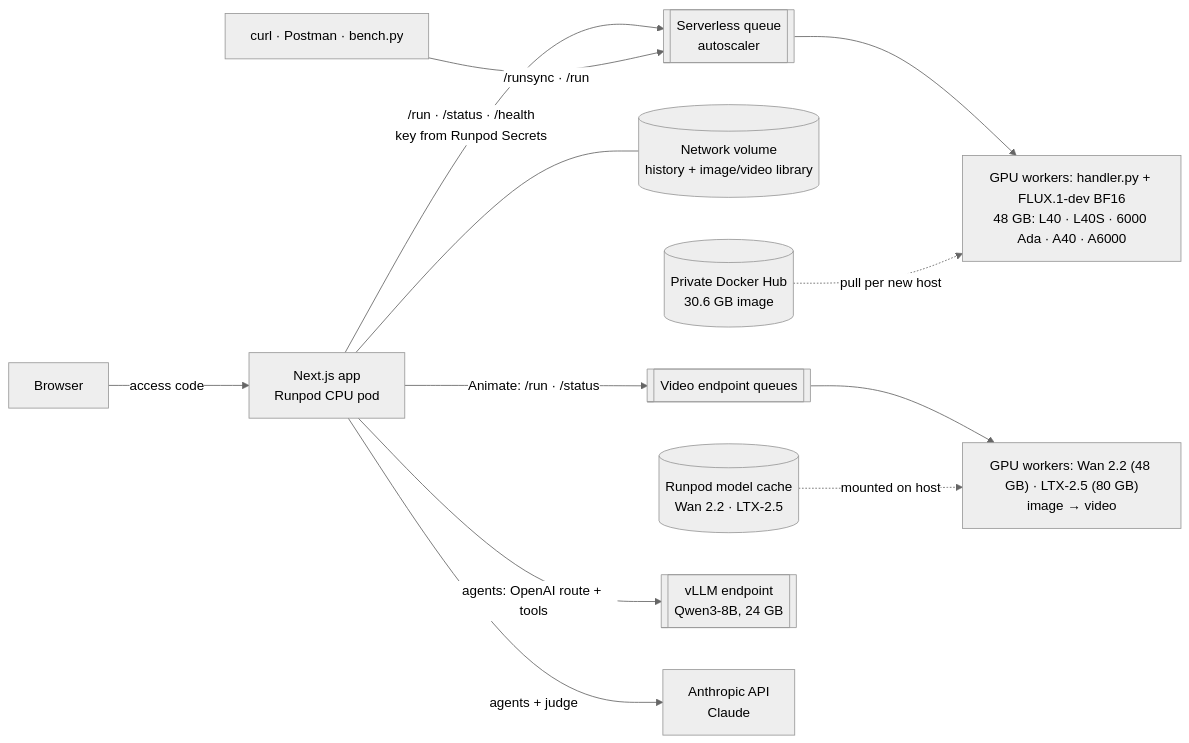
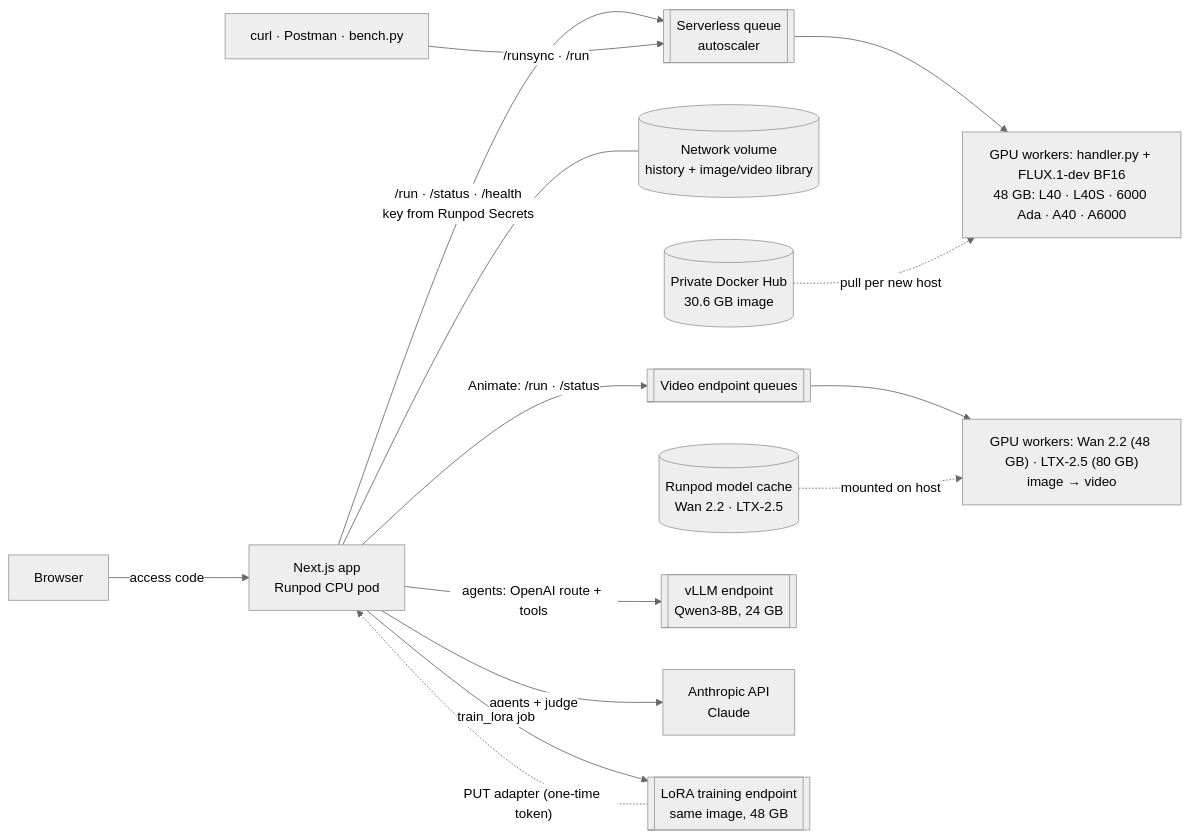
Before and after one commit to ibrahimnd2000/runpod-flux-studio: the diagram in README.md, drawn with Mermaid (neutral theme). The commit also changed other lines of this file and 16 other files, not shown here.

First line of the commit message:
Docs: bring README, architecture, benchmarks, scripts and env example up to date

````diff
--- a/README.md
+++ b/README.md
@@ -307,14 +326,16 @@
 ```mermaid
 flowchart LR
     B[Browser] -->|access code| A["Next.js app<br/>Runpod CPU pod"]
     A -->|"/run · /status · /health<br/>key from Runpod Secrets"| Q[[Serverless queue<br/>autoscaler]]
     C[curl · Postman · bench.py] -->|"/runsync · /run"| Q
     Q --> W["GPU workers: handler.py + FLUX.1-dev BF16<br/>48 GB: L40 · L40S · 6000 Ada · A40 · A6000"]
     A --- V[("Network volume<br/>history + image/video library")]
     R[(Private Docker Hub<br/>30.6 GB image)] -.->|pull per new host| W
     A -->|"Animate: /run · /status"| VQ[[Video endpoint queues]]
     VQ --> VW["GPU workers: Wan 2.2 (48 GB) · LTX-2.5 (80 GB)<br/>image → video"]
     MC[(Runpod model cache<br/>Wan 2.2 · LTX-2.5)] -.->|mounted on host| VW
     A -->|"agents: OpenAI route + tools"| LQ[[vLLM endpoint<br/>Qwen3-8B, 24 GB]]
     A -->|"agents + judge"| AN[Anthropic API<br/>Claude]
+    A -->|"train_lora job"| TQ[[LoRA training endpoint<br/>same image, 48 GB]]
+    TQ -.->|"PUT adapter (one-time token)"| A
 ```
````
